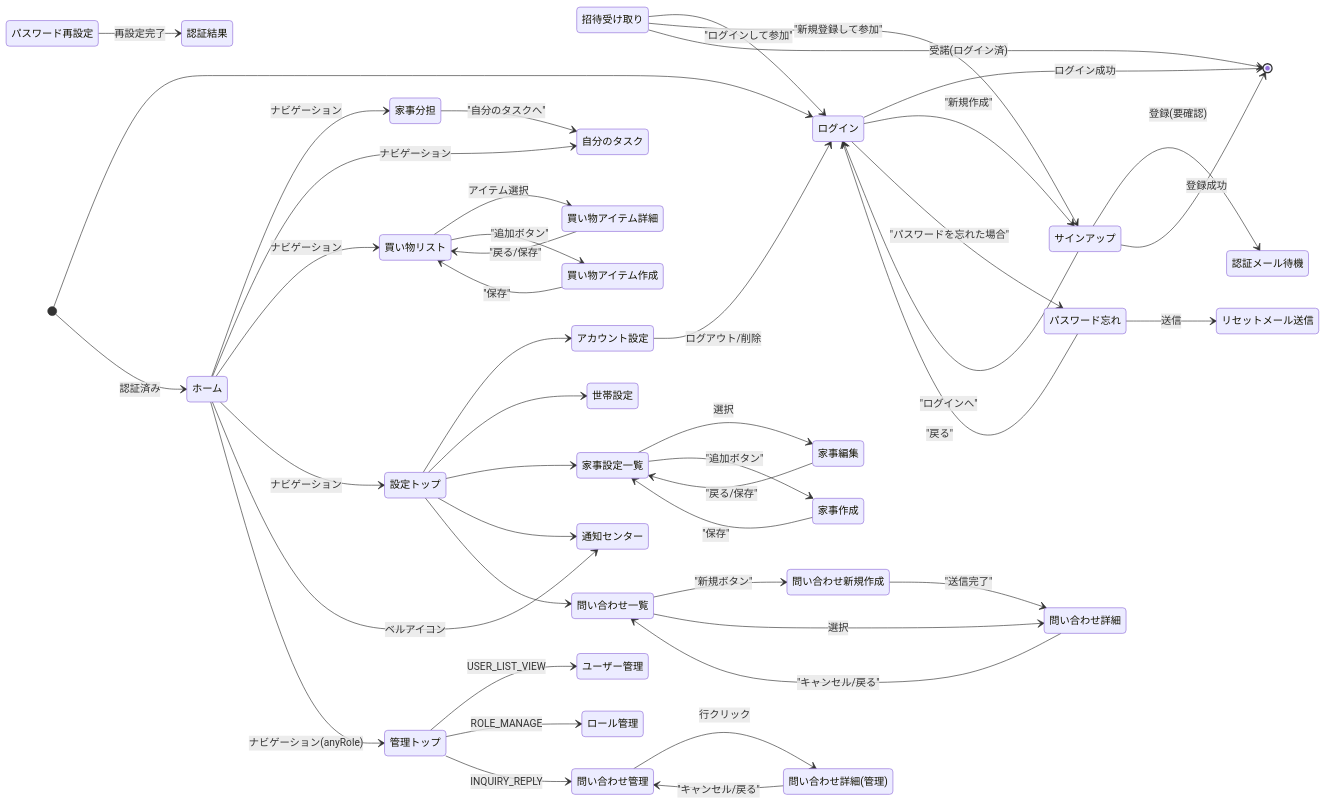
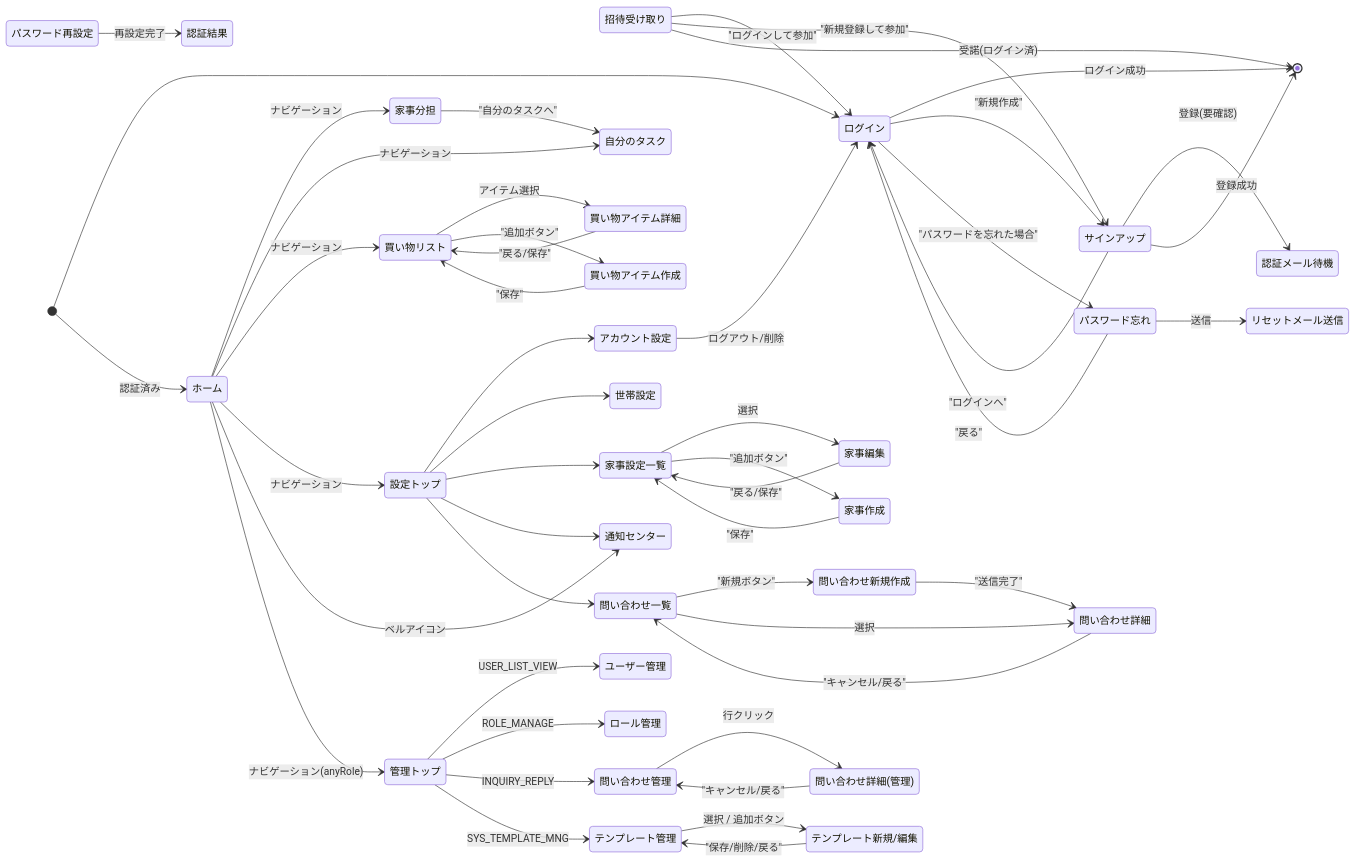
One commit to ryokkon624/hw-hub-frontend changed the diagram in doc/screens.md. Above: the diagram before and after it, drawn with Mermaid. The commit also changed other lines of this file and 1 other file, not shown here.

Commit message:
docs: Allow admin to edit system templates (#72)

````diff
--- a/doc/screens.md
+++ b/doc/screens.md
@@ -173,13 +177,19 @@
     state "ロール管理" as AdminRoles
     state "問い合わせ管理" as AdminInquiries
     state "問い合わせ詳細(管理)" as AdminInquiryDetail
+    state "テンプレート管理" as AdminTemplates
+    state "テンプレート新規/編集" as AdminTemplateForm
 
     Home --> Admin : ナビゲーション(anyRole)
 
     Admin --> AdminUsers : USER_LIST_VIEW
     Admin --> AdminRoles : ROLE_MANAGE
     Admin --> AdminInquiries : INQUIRY_REPLY
+    Admin --> AdminTemplates : SYS_TEMPLATE_MNG
 
     AdminInquiries --> AdminInquiryDetail : 行クリック
     AdminInquiryDetail --> AdminInquiries : "キャンセル/戻る"
+
+    AdminTemplates --> AdminTemplateForm : 選択 / 追加ボタン
+    AdminTemplateForm --> AdminTemplates : "保存/削除/戻る"
 ```
````
